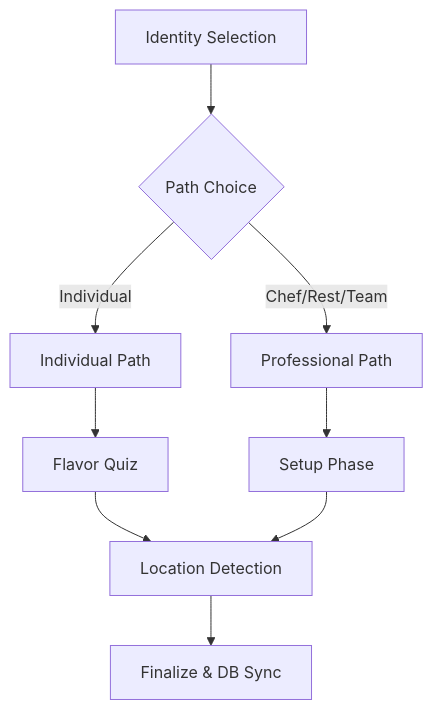
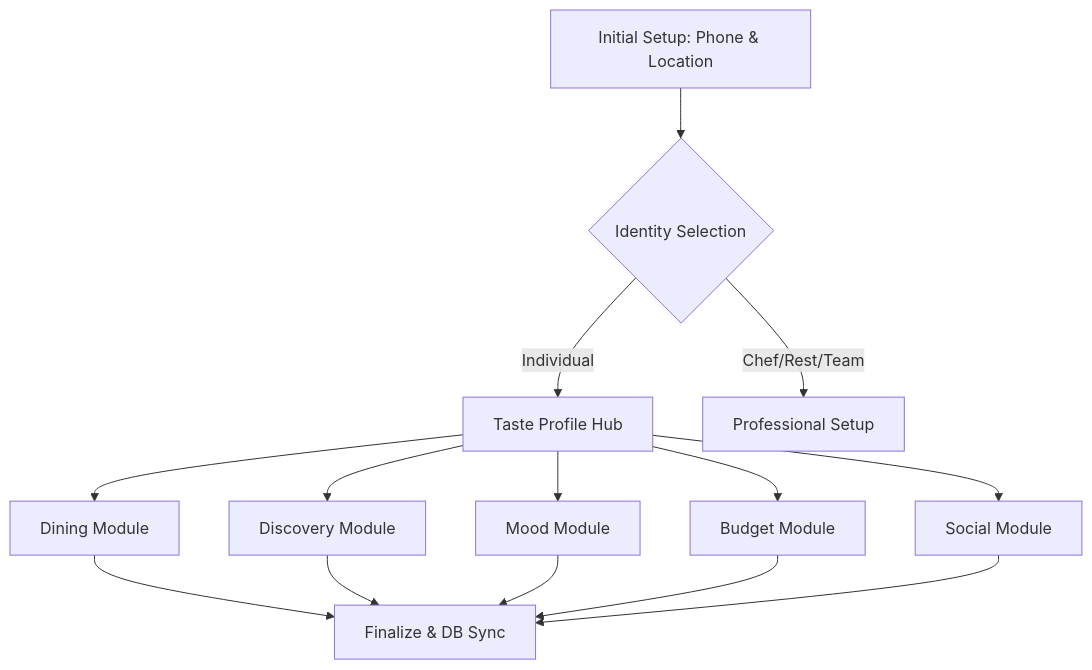
The diagram in docs/GUIDES/ONBOARDING_READY_RECKONER.md (FoodCop/fuzoapp), drawn with Mermaid before and after one commit. The commit also changed other lines of this file and 6 other files, not shown here.

````diff
--- a/docs/GUIDES/ONBOARDING_READY_RECKONER.md
+++ b/docs/GUIDES/ONBOARDING_READY_RECKONER.md
@@ -30,14 +38,18 @@
 ```mermaid
 graph TD
-    A[Identity Selection] --> B{Path Choice}
-    B -- Individual --> C[Individual Path]
-    B -- Chef/Rest/Team --> D[Professional Path]
+    A[Initial Setup: Phone & Location] --> B{Identity Selection}
+    B -- Individual --> C[Taste Profile Hub]
+    B -- Chef/Rest/Team --> D[Professional Setup]
     
-    C --> E[Flavor Quiz]
-    D --> F[Setup Phase]
+    C --> E[Dining Module]
+    C --> F[Discovery Module]
+    C --> G[Mood Module]
+    C --> H[Budget Module]
+    C --> I[Social Module]
     
-    E --> G[Location Detection]
-    F --> G
-    
-    G --> H[Finalize & DB Sync]
+    E --> J[Finalize & DB Sync]
+    F --> J
+    G --> J
+    H --> J
+    I --> J
 ```
````
